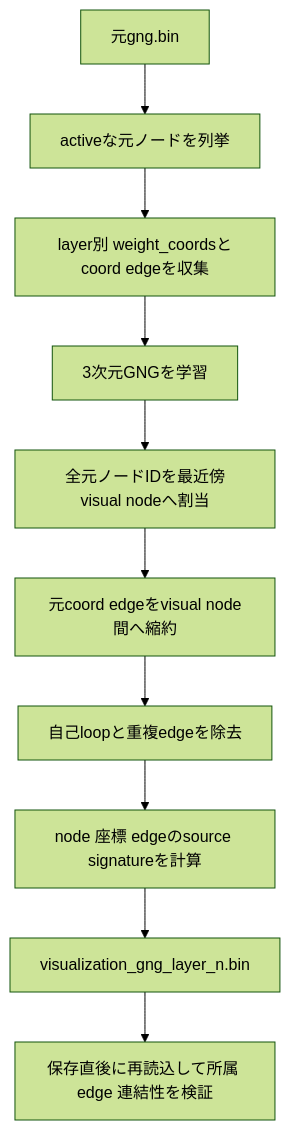
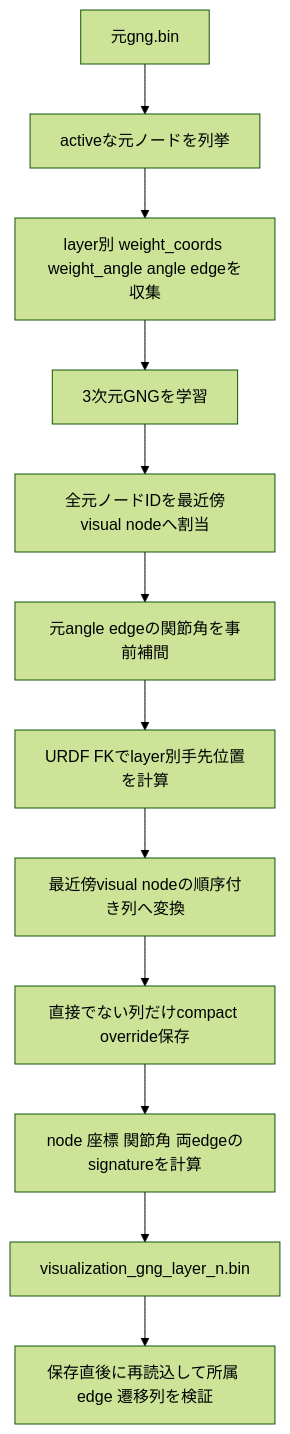
One commit to uraki-UH/arm_avoidance changed the sixth of 7 diagrams in gng_vlut_system/docs/TECHNICAL_SPEC.md. Above: the diagram before and after it, drawn with Mermaid (forest theme). The commit also changed other lines of this file and 13 other files, not shown here.

````diff
--- a/gng_vlut_system/docs/TECHNICAL_SPEC.md
+++ b/gng_vlut_system/docs/TECHNICAL_SPEC.md
@@ -511,12 +530,14 @@
 ```mermaid
 flowchart TD
     A[元gng.bin] --> B[activeな元ノードを列挙]
-    B --> C[layer別 weight_coordsとcoord edgeを収集]
+    B --> C[layer別 weight_coords weight_angle angle edgeを収集]
     C --> D[3次元GNGを学習]
     D --> E[全元ノードIDを最近傍visual nodeへ割当]
-    E --> F[元coord edgeをvisual node間へ縮約]
-    F --> G[自己loopと重複edgeを除去]
-    G --> H[node 座標 edgeのsource signatureを計算]
-    H --> I[visualization_gng_layer_n.bin]
-    I --> J[保存直後に再読込して所属 edge 連結性を検証]
+    E --> F[元angle edgeの関節角を事前補間]
+    F --> G[URDF FKでlayer別手先位置を計算]
+    G --> H[最近傍visual nodeの順序付き列へ変換]
+    H --> I[直接でない列だけcompact override保存]
+    I --> J[node 座標 関節角 両edgeのsignatureを計算]
+    J --> K[visualization_gng_layer_n.bin]
+    K --> L[保存直後に再読込して所属 edge 遷移列を検証]
 ```
````
